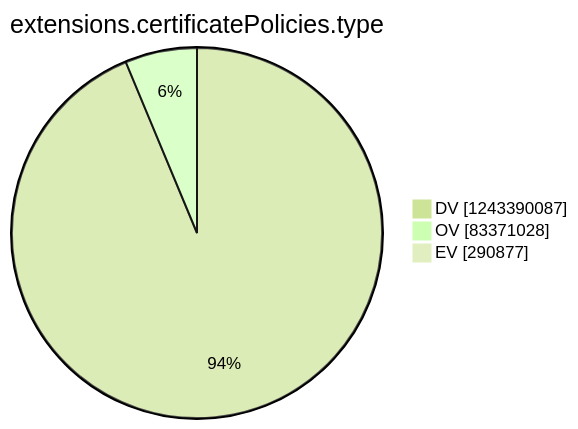
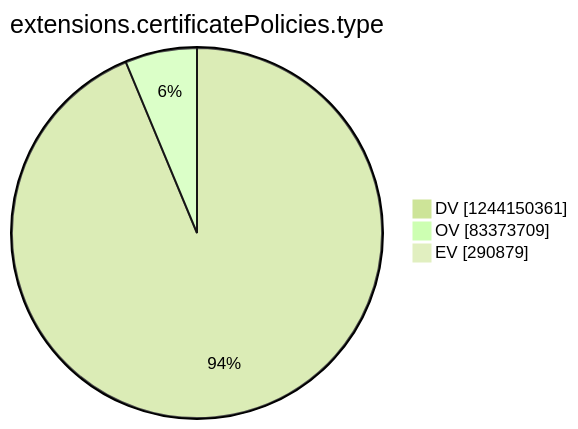
Before and after one commit to christiankrug/ctmonitor_visualization: the tenth of 15 diagrams in argon2022/README.md, drawn with Mermaid (forest theme). The commit also changed other lines of this file, not shown here.

````diff
--- a/argon2022/README.md
+++ b/argon2022/README.md
@@ -2771,7 +2771,7 @@
 ```mermaid
 pie showData
 title extensions.certificatePolicies.type
-"DV" :1243390087
-"OV" :83371028
-"EV" :290877
+"DV" :1244150361
+"OV" :83373709
+"EV" :290879
 ```
````
